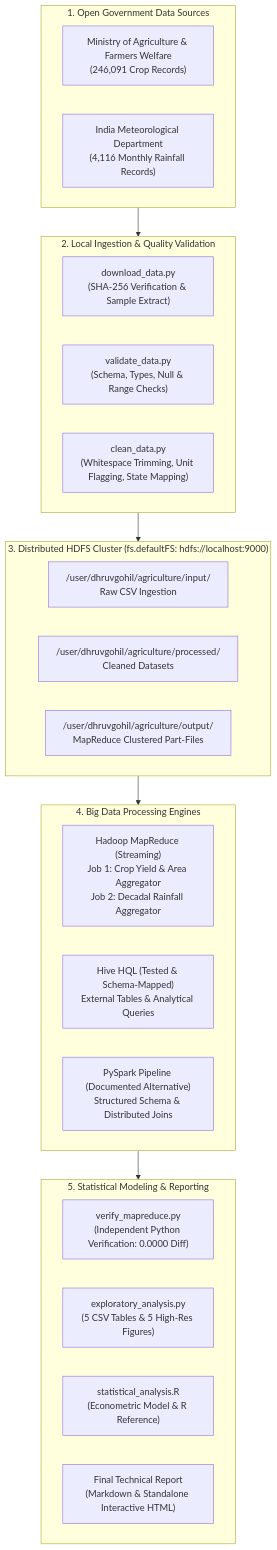
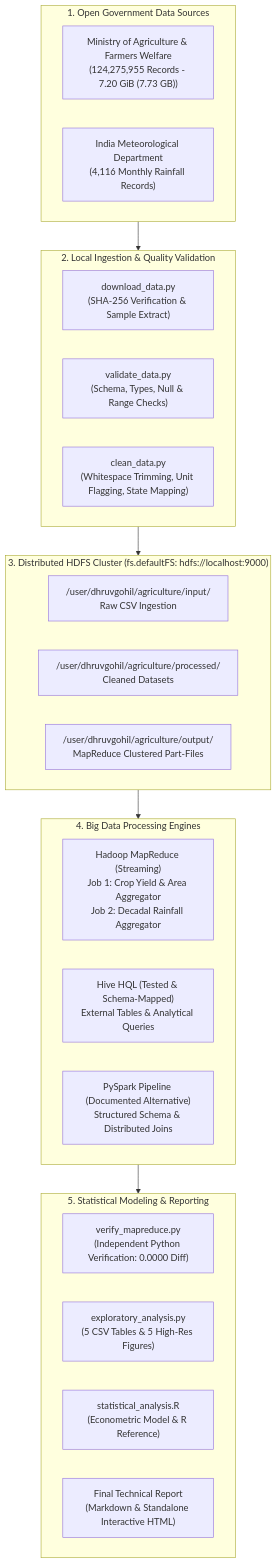
The diagram in outputs/reports/final_academic_report.md (dhruvgohil448/Agricultural-Big-Data-Analytics), drawn with Mermaid before and after one commit. The commit also changed other lines of this file and 29 other files, not shown here.

````diff
--- a/outputs/reports/final_academic_report.md
+++ b/outputs/reports/final_academic_report.md
@@ -30,37 +30,37 @@
 ```mermaid
 flowchart TD
     subgraph Data_Sources["1. Open Government Data Sources"]
-        A1["Ministry of Agriculture & Farmers Welfare<br/>(246,091 Crop Records)"]
+        A1["Ministry of Agriculture & Farmers Welfare<br/>(124,275,955 Records - 7.20 GiB (7.73 GB))"]
         A2["India Meteorological Department<br/>(4,116 Monthly Rainfall Records)"]
     end
 
     subgraph Ingestion_Validation["2. Local Ingestion & Quality Validation"]
         B1["download_data.py<br/>(SHA-256 Verification & Sample Extract)"]
         B2["validate_data.py<br/>(Schema, Types, Null & Range Checks)"]
         B3["clean_data.py<br/>(Whitespace Trimming, Unit Flagging, State Mapping)"]
     end
 
     subgraph HDFS_Storage["3. Distributed HDFS Cluster (fs.defaultFS: hdfs://localhost:9000)"]
         C1["/user/dhruvgohil/agriculture/input/<br/>Raw CSV Ingestion"]
         C2["/user/dhruvgohil/agriculture/processed/<br/>Cleaned Datasets"]
         C3["/user/dhruvgohil/agriculture/output/<br/>MapReduce Clustered Part-Files"]
     end
 
     subgraph Processing_Engine["4. Big Data Processing Engines"]
         D1["Hadoop MapReduce (Streaming)<br/>Job 1: Crop Yield & Area Aggregator<br/>Job 2: Decadal Rainfall Aggregator"]
         D2["Hive HQL (Tested & Schema-Mapped)<br/>External Tables & Analytical Queries"]
         D3["PySpark Pipeline (Documented Alternative)<br/>Structured Schema & Distributed Joins"]
     end
 
     subgraph Analysis_Reporting["5. Statistical Modeling & Reporting"]
         E1["verify_mapreduce.py<br/>(Independent Python Verification: 0.0000 Diff)"]
         E2["exploratory_analysis.py<br/>(5 CSV Tables & 5 High-Res Figures)"]
         E3["statistical_analysis.R<br/>(Econometric Model & R Reference)"]
         E4["Final Technical Report<br/>(Markdown & Standalone Interactive HTML)"]
     end
 
     Data_Sources --> Ingestion_Validation
     Ingestion_Validation --> HDFS_Storage
     HDFS_Storage --> Processing_Engine
     Processing_Engine --> Analysis_Reporting
 ```
````
